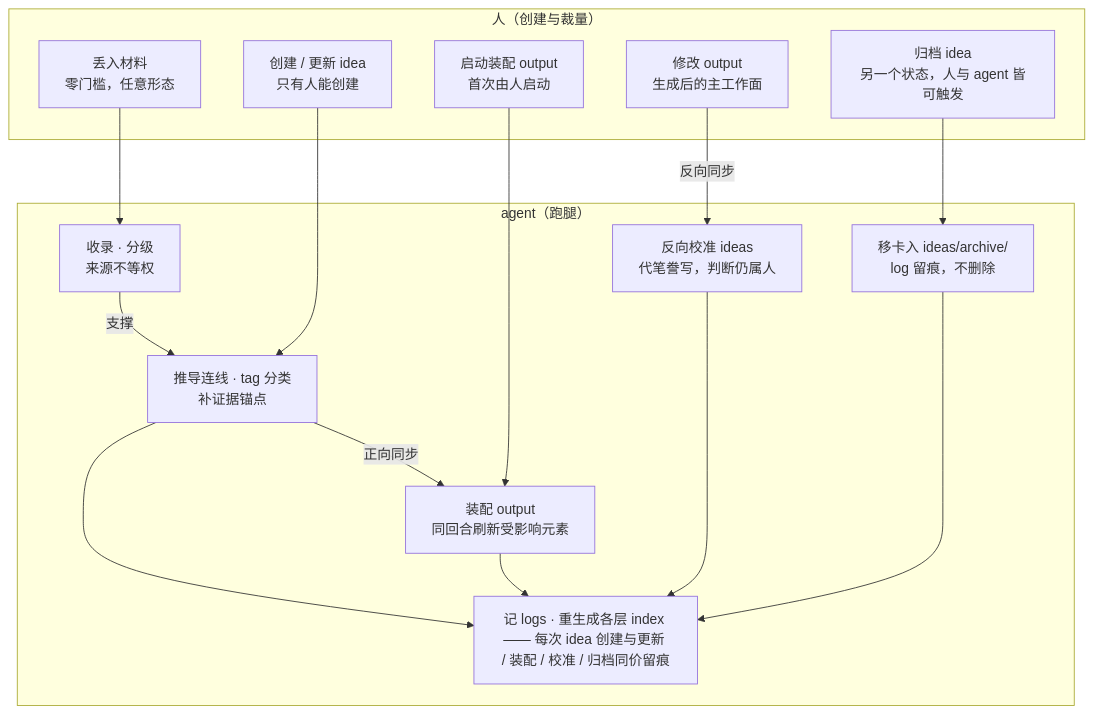
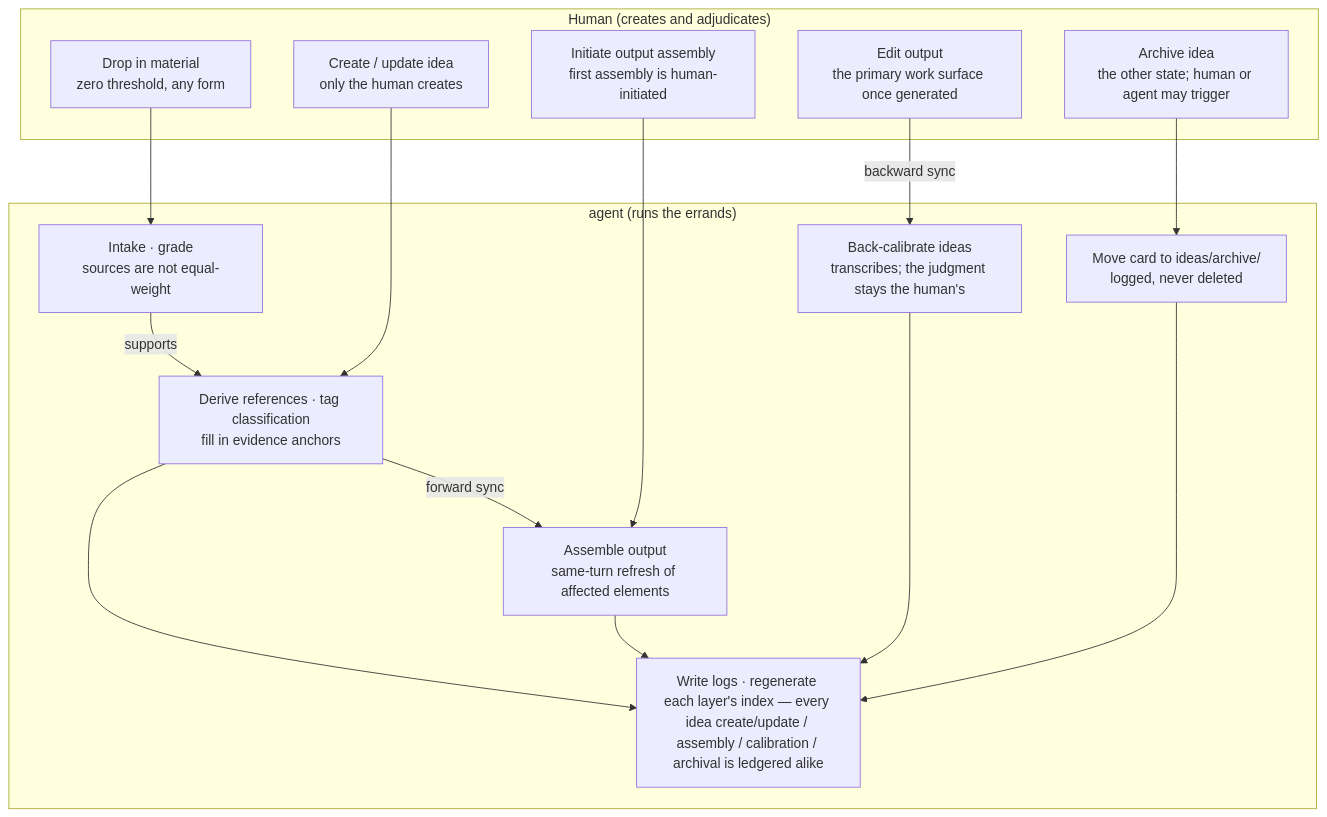
One commit to tigerless-labs/research-decision-support changed the first of 2 diagrams in docs/research-decision-support/output/system.md. Above: the diagram before and after it, drawn with Mermaid. The commit also changed other lines of this file and 80 other files, not shown here.

````diff
--- a/docs/research-decision-support/output/system.md
+++ b/docs/research-decision-support/output/system.md
@@ -5,40 +5,40 @@
 ```mermaid
 flowchart TB
-  subgraph HT["人（创建与裁量）"]
-    M["丢入材料<br/>零门槛，任意形态"]
-    A["创建 / 更新 idea<br/>只有人能创建"]
-    O["启动装配 output<br/>首次由人启动"]
-    P["修改 output<br/>生成后的主工作面"]
-    R["归档 idea<br/>另一个状态，人与 agent 皆可触发"]
+  subgraph HT["Human (creates and adjudicates)"]
+    M["Drop in material<br/>zero threshold, any form"]
+    A["Create / update idea<br/>only the human creates"]
+    O["Initiate output assembly<br/>first assembly is human-initiated"]
+    P["Edit output<br/>the primary work surface once generated"]
+    R["Archive idea<br/>the other state; human or agent may trigger"]
   end
-  subgraph GT["agent（跑腿）"]
-    B["收录 · 分级<br/>来源不等权"]
-    C["推导连线 · tag 分类<br/>补证据锚点"]
-    E["装配 output<br/>同回合刷新受影响元素"]
-    K["反向校准 ideas<br/>代笔誊写，判断仍属人"]
-    V["移卡入 ideas/archive/<br/>log 留痕，不删除"]
-    L["记 logs · 重生成各层 index —— 每次 idea 创建与更新 / 装配 / 校准 / 归档同价留痕"]
+  subgraph GT["agent (runs the errands)"]
+    B["Intake · grade<br/>sources are not equal-weight"]
+    C["Derive references · tag classification<br/>fill in evidence anchors"]
+    E["Assemble output<br/>same-turn refresh of affected elements"]
+    K["Back-calibrate ideas<br/>transcribes; the judgment stays the human's"]
+    V["Move card to ideas/archive/<br/>logged, never deleted"]
+    L["Write logs · regenerate each layer's index — every idea create/update / assembly / calibration / archival is ledgered alike"]
   end
   M --> B
   A --> C
   O --> E
-  P -- "反向同步" --> K
+  P -- "backward sync" --> K
   R --> V
-  B -- "支撑" --> C
-  C -- "正向同步" --> E
+  B -- "supports" --> C
+  C -- "forward sync" --> E
   C --> L
   E --> L
   K --> L
   V --> L
   click M "modules/source.md"
   click B "modules/source.md"
   click A "modules/idea.md"
   click C "modules/idea.md"
   click R "modules/idea.md"
   click V "modules/idea.md"
   click K "modules/idea.md"
   click O "modules/output.md"
   click P "modules/output.md"
   click E "modules/output.md"
   click L "modules/protocol.md"
 ```
````
